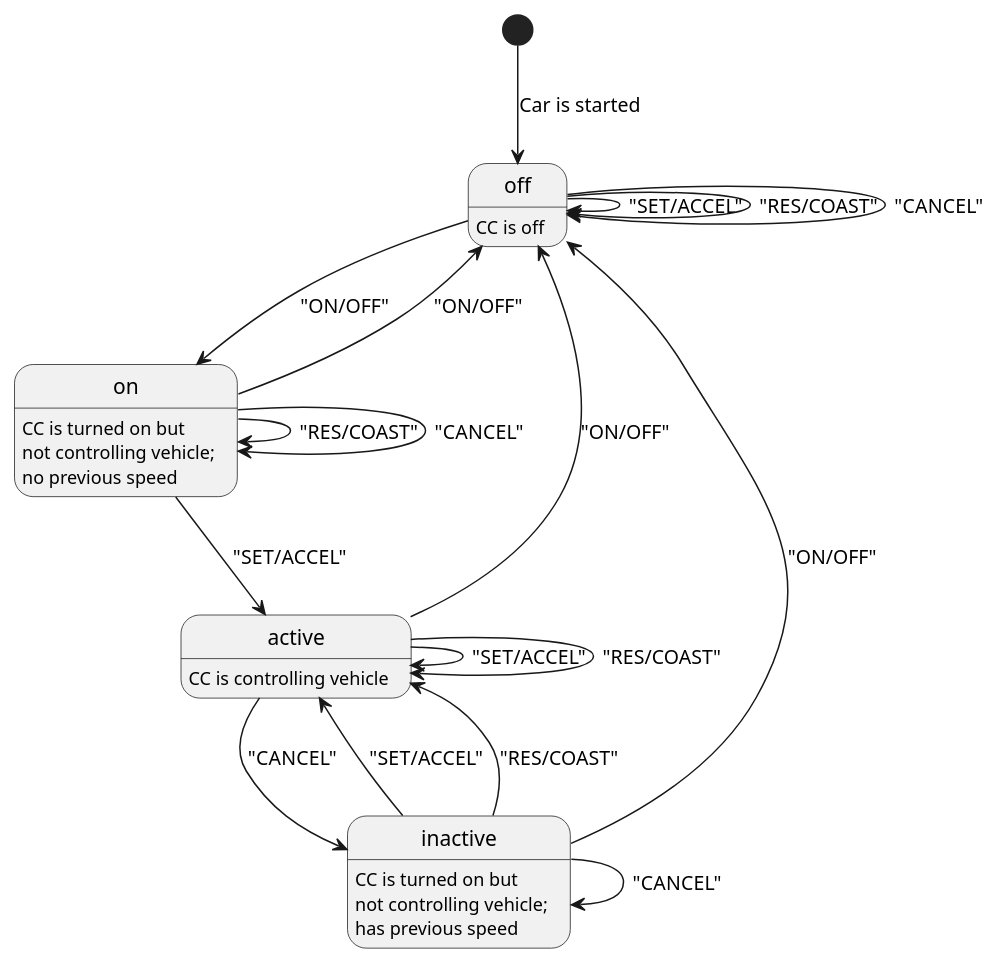
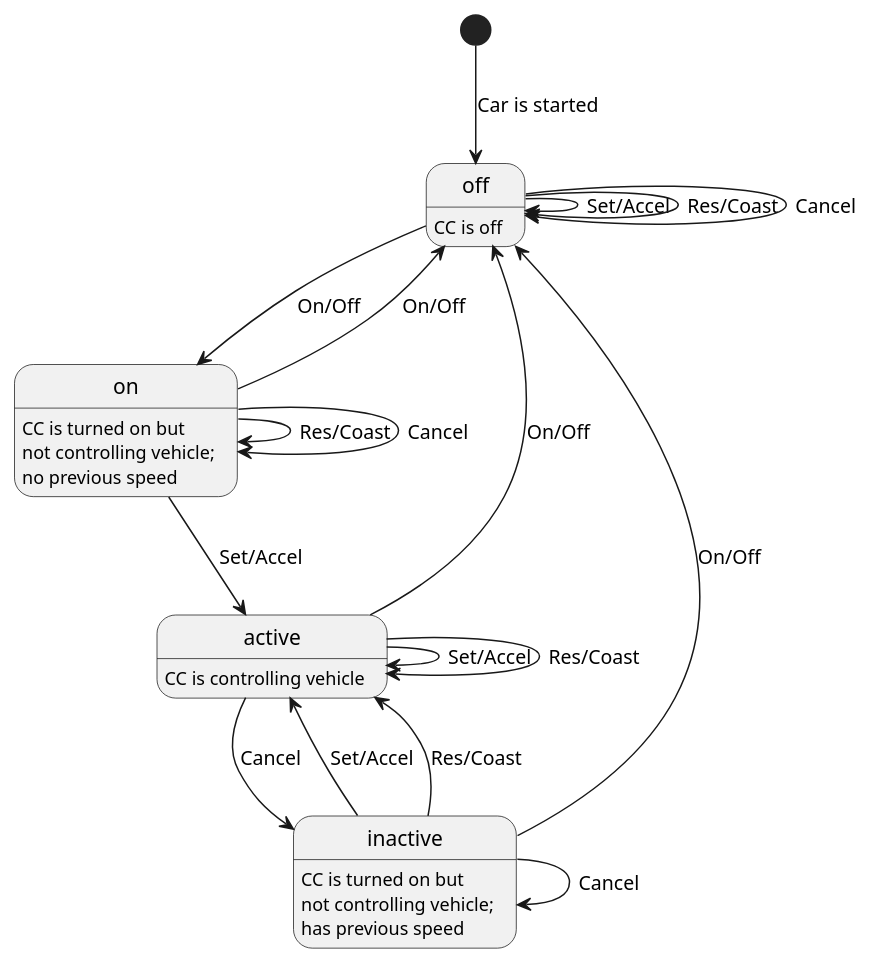
Before and after one commit to jec/cruise_control: the diagram in doc/cruise_control.puml, drawn with PlantUML. The commit also changed 1 other file, not shown here.

Commit message:
Update input names on chart

```diff
--- a/doc/cruise_control.puml
+++ b/doc/cruise_control.puml
@@ -1,29 +1,29 @@
 @startuml
 
 [*] --> off : Car is started
 
 off: CC is off
-off --> on : "ON/OFF"
-off --> off : "SET/ACCEL"
-off --> off : "RES/COAST"
-off --> off : "CANCEL"
+off --> on : On/Off
+off --> off : Set/Accel
+off --> off : Res/Coast
+off --> off : Cancel
 
 on: CC is turned on but\nnot controlling vehicle;\nno previous speed
-on --> off : "ON/OFF"
-on --> active : "SET/ACCEL"
-on --> on : "RES/COAST"
-on --> on : "CANCEL"
+on --> off : On/Off
+on --> active : Set/Accel
+on --> on : Res/Coast
+on --> on : Cancel
 
 inactive: CC is turned on but\nnot controlling vehicle;\nhas previous speed
-inactive --> off : "ON/OFF"
-inactive --> active : "SET/ACCEL"
-inactive --> active : "RES/COAST"
-inactive --> inactive : "CANCEL"
+inactive --> off : On/Off
+inactive --> active : Set/Accel
+inactive --> active : Res/Coast
+inactive --> inactive : Cancel
 
 active: CC is controlling vehicle
-active --> off : "ON/OFF"
-active --> active : "SET/ACCEL"
-active --> active : "RES/COAST"
-active --> inactive : "CANCEL"
+active --> off : On/Off
+active --> active : Set/Accel
+active --> active : Res/Coast
+active --> inactive : Cancel
 
 @enduml
```
